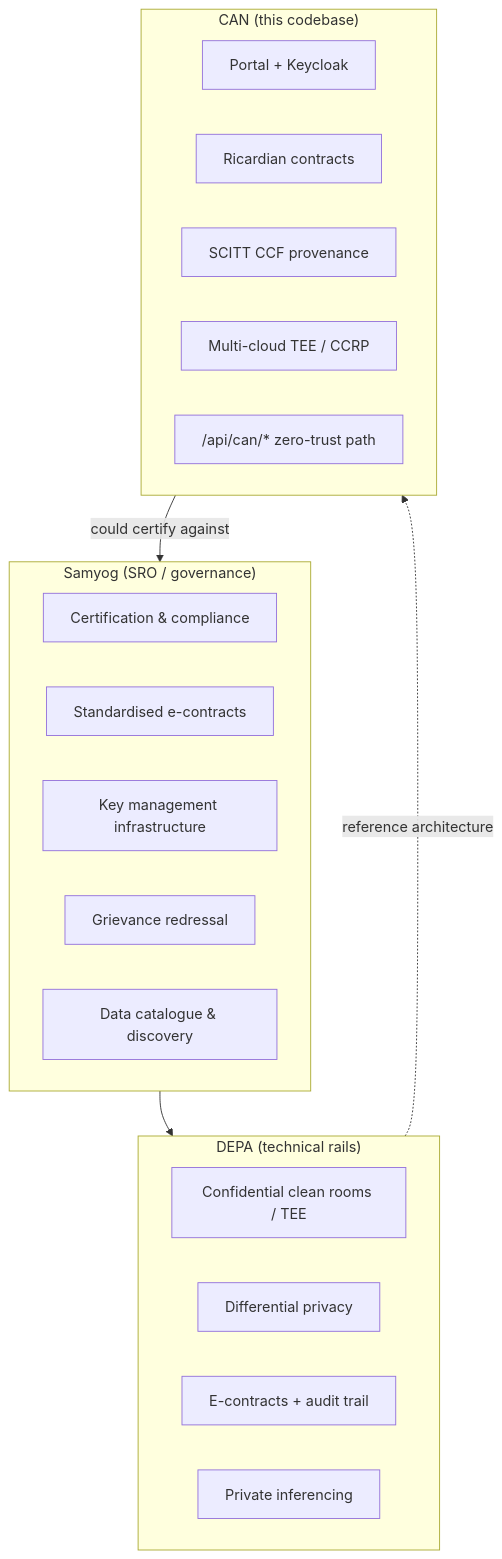
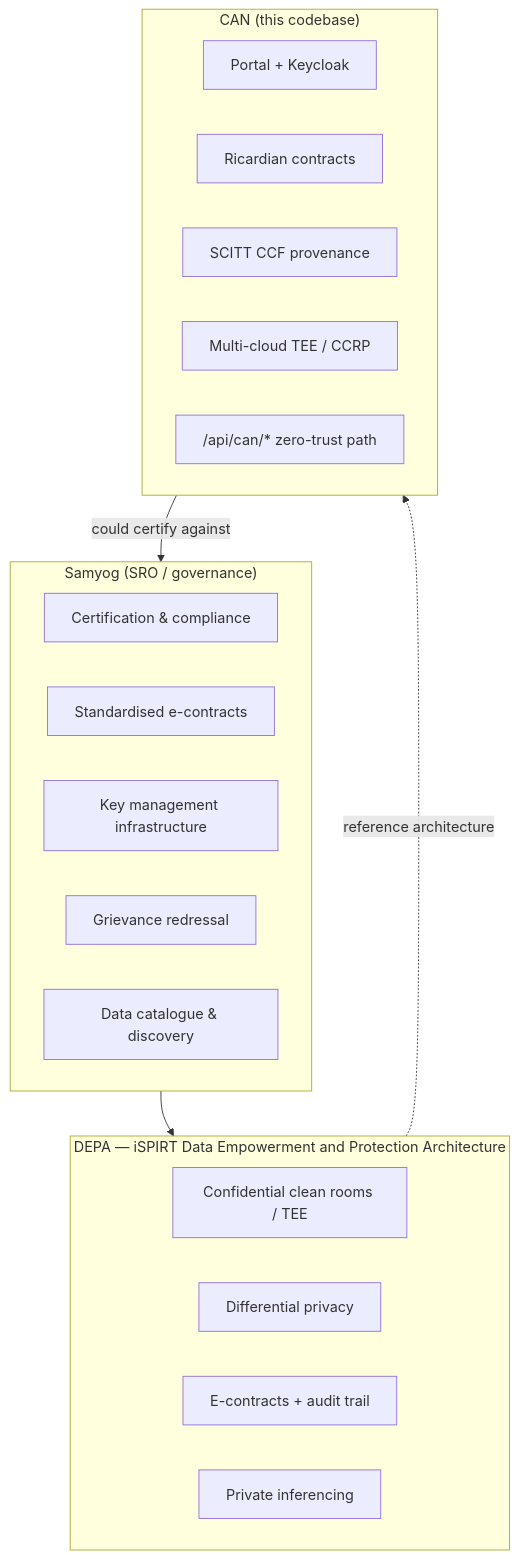
One commit to gitmujoshi/Confidential-AI-Network changed the diagram in docs/integrations/SAMYOG_CAN_COMPARISON.md. Above: the diagram before and after it, drawn with Mermaid. The commit also changed other lines of this file and 16 other files, not shown here.

First line of the commit message:
docs: standardize DEPA as India's iSPIRT Data Empowerment and Protection Architecture

````diff
--- a/docs/integrations/SAMYOG_CAN_COMPARISON.md
+++ b/docs/integrations/SAMYOG_CAN_COMPARISON.md
@@ -11,29 +11,29 @@
 ```mermaid
 flowchart TB
   subgraph Samyog_layer["Samyog (SRO / governance)"]
     Cert[Certification & compliance]
     Contracts[Standardised e-contracts]
     KMI[Key management infrastructure]
     Grievance[Grievance redressal]
     Catalog[Data catalogue & discovery]
   end
 
-  subgraph DEPA["DEPA (technical rails)"]
+  subgraph DEPA["DEPA — iSPIRT Data Empowerment and Protection Architecture"]
     CCR[Confidential clean rooms / TEE]
     DP[Differential privacy]
     Ledger[E-contracts + audit trail]
     Infer[Private inferencing]
   end
 
   subgraph CAN_repo["CAN (this codebase)"]
     Portal[Portal + Keycloak]
     Ricardian[Ricardian contracts]
     SCITT[SCITT CCF provenance]
     TEE_impl[Multi-cloud TEE / CCRP]
     CAN_path["/api/can/* zero-trust path"]
   end
 
   Samyog_layer --> DEPA
   DEPA -.->|reference architecture| CAN_repo
   CAN_repo -->|could certify against| Samyog_layer
 ```
````
